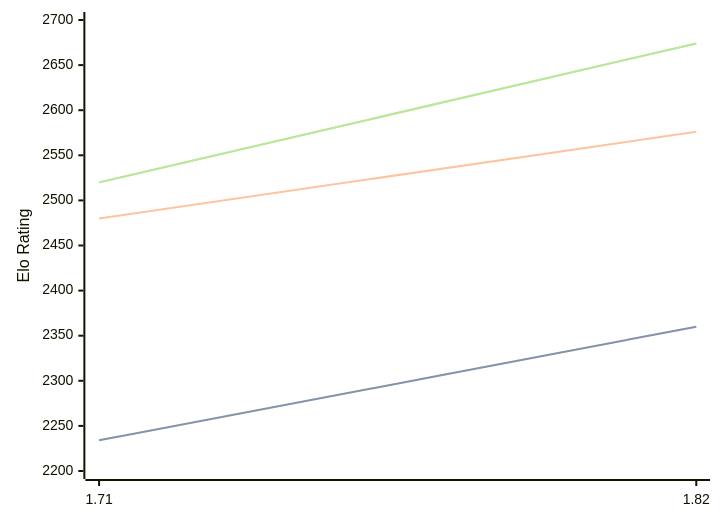
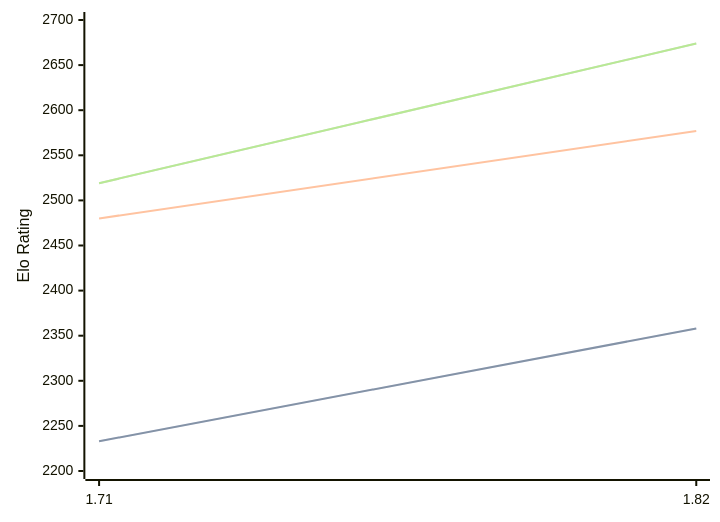
One commit to computer-chess-index/cci changed the diagram in engines/Amira.md. Above: the diagram before and after it, drawn with Mermaid. The commit also changed other lines of this file, not shown here.

Commit message:
Update CCI Ratings (ELO VLTC) - 2026-03-09

````diff
--- a/engines/Amira.md
+++ b/engines/Amira.md
@@ -33,11 +33,11 @@
 ```mermaid
 %%{init: {"theme":"base","themeVariables":{"seriesColors:['#a3a3a3','#222221','#faa371']}}}%%
 xychart-beta
   x-axis ["1.71", "1.82"]
   y-axis "Elo Rating" 2200 --> 2700
-  line "STC (8.0+0.08s)" [2234, 2360]
-  line "STC (8.0+0.08s)" [2234, 2360]
-  line "LTC (60.0+0.60s)" [2480, 2576]
-  line "VLTC (2m24s+1.12s)" [2520, 2674]
-  line "VLTC (2m24s+1.12s)" [2520, 2674]
+  line "STC (8.0+0.08s)" [2233, 2358]
+  line "STC (8.0+0.08s)" [2233, 2358]
+  line "LTC (60.0+0.60s)" [2480, 2577]
+  line "VLTC (2m24s+1.12s)" [2519, 2674]
+  line "VLTC (2m24s+1.12s)" [2519, 2674]
 ```
````
